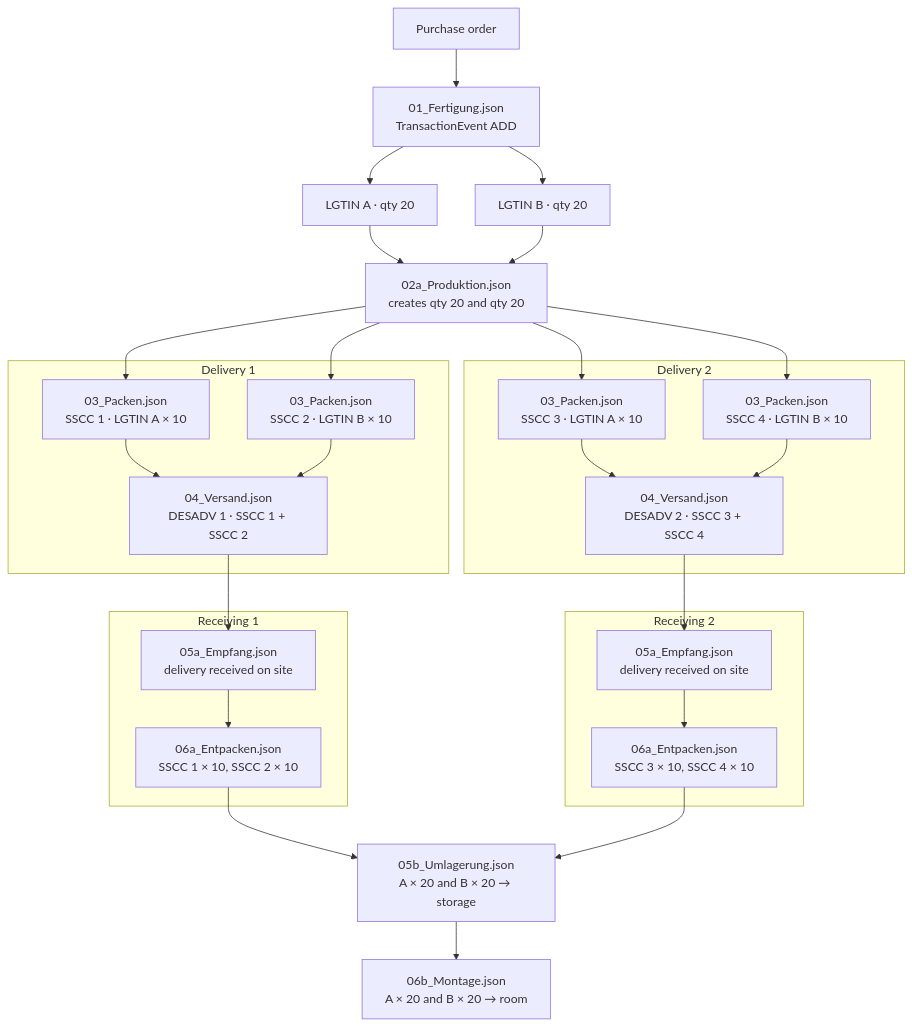
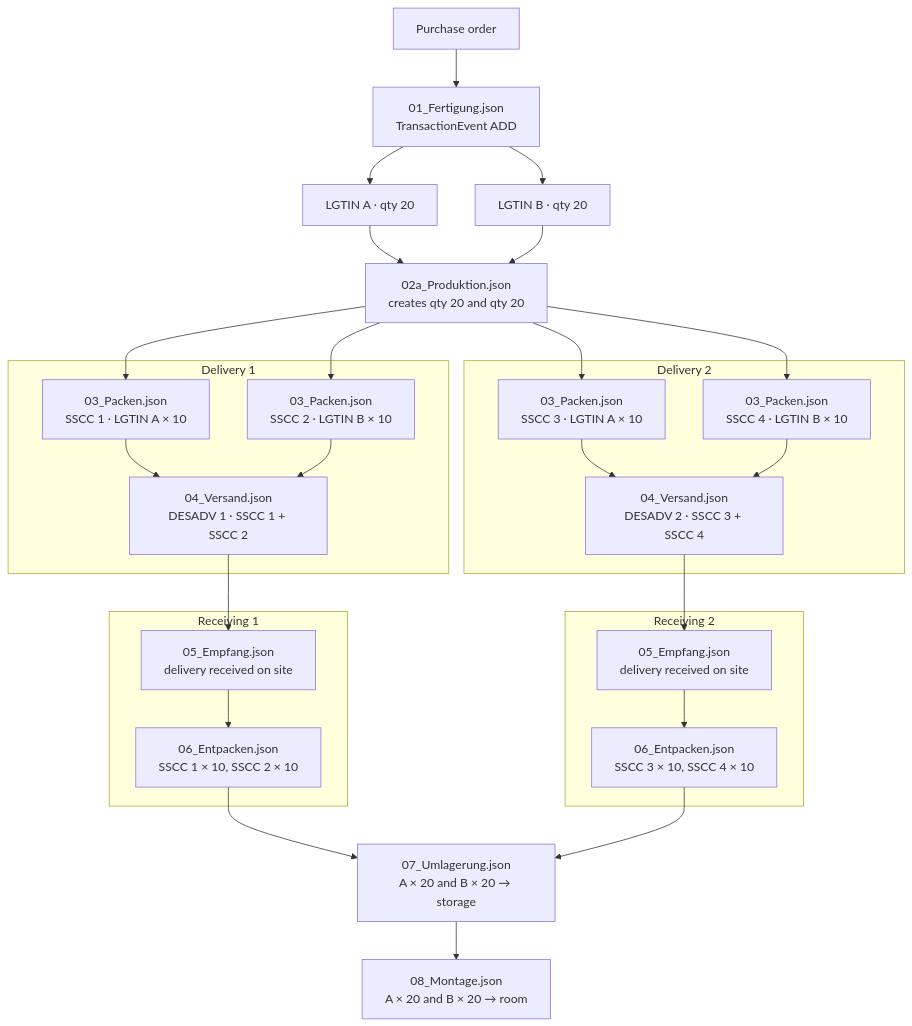
The diagram in docs/epcis-eventstrecke/README.md (project-construct-x/Lindner-Demonstrator), drawn with Mermaid before and after one commit. The commit also changed other lines of this file and 9 other files, not shown here.

````diff
--- a/docs/epcis-eventstrecke/README.md
+++ b/docs/epcis-eventstrecke/README.md
@@ -24,54 +24,54 @@
 ```mermaid
 flowchart TB
   po["Purchase order"]
   fert["01_Fertigung.json<br/>TransactionEvent ADD"]
   classA["LGTIN A · qty 20"]
   classB["LGTIN B · qty 20"]
   prod["02a_Produktion.json<br/>creates qty 20 and qty 20"]
 
   po --> fert
   fert --> classA
   fert --> classB
   classA --> prod
   classB --> prod
 
   subgraph delivery1 ["Delivery 1"]
     packA1["03_Packen.json<br/>SSCC 1 · LGTIN A × 10"]
     packB1["03_Packen.json<br/>SSCC 2 · LGTIN B × 10"]
     ship1["04_Versand.json<br/>DESADV 1 · SSCC 1 + SSCC 2"]
     packA1 --> ship1
     packB1 --> ship1
   end
 
   subgraph delivery2 ["Delivery 2"]
     packA2["03_Packen.json<br/>SSCC 3 · LGTIN A × 10"]
     packB2["03_Packen.json<br/>SSCC 4 · LGTIN B × 10"]
     ship2["04_Versand.json<br/>DESADV 2 · SSCC 3 + SSCC 4"]
     packA2 --> ship2
     packB2 --> ship2
   end
 
   subgraph receiving1 ["Receiving 1"]
-    recv1["05a_Empfang.json<br/>delivery received on site"]
-    unpack1["06a_Entpacken.json<br/>SSCC 1 × 10, SSCC 2 × 10"]
+    recv1["05_Empfang.json<br/>delivery received on site"]
+    unpack1["06_Entpacken.json<br/>SSCC 1 × 10, SSCC 2 × 10"]
     recv1 --> unpack1
   end
 
   subgraph receiving2 ["Receiving 2"]
-    recv2["05a_Empfang.json<br/>delivery received on site"]
-    unpack2["06a_Entpacken.json<br/>SSCC 3 × 10, SSCC 4 × 10"]
+    recv2["05_Empfang.json<br/>delivery received on site"]
+    unpack2["06_Entpacken.json<br/>SSCC 3 × 10, SSCC 4 × 10"]
     recv2 --> unpack2
   end
 
   ship1 --> recv1
   ship2 --> recv2
 
   prod --> packA1
   prod --> packB1
   prod --> packA2
   prod --> packB2
 
-  unpack1 --> store["05b_Umlagerung.json<br/>A × 20 and B × 20 → storage"]
+  unpack1 --> store["07_Umlagerung.json<br/>A × 20 and B × 20 → storage"]
   unpack2 --> store
-  store --> room["06b_Montage.json<br/>A × 20 and B × 20 → room"]
+  store --> room["08_Montage.json<br/>A × 20 and B × 20 → room"]
 ```
````
